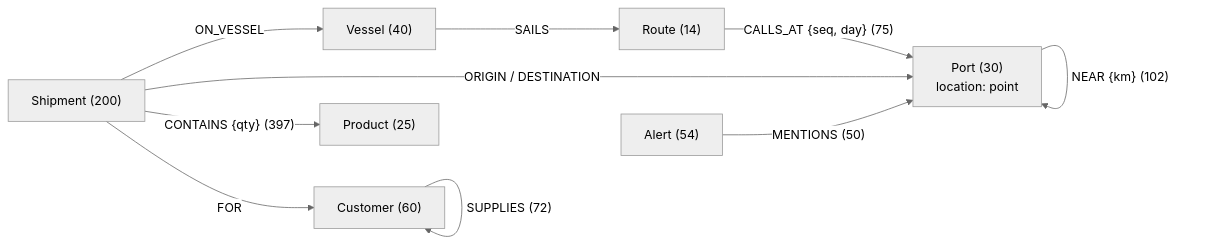
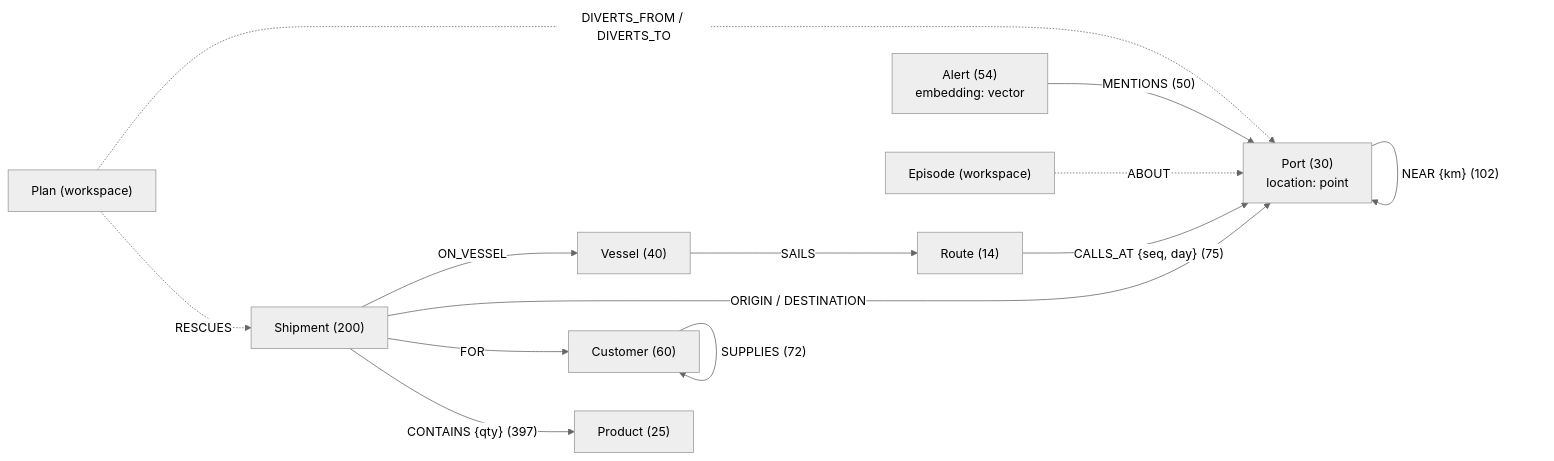
One commit to tballochi/ripple-supply-chain-agent changed the second of 2 diagrams in README.md. Above: the diagram before and after it, drawn with Mermaid (neutral theme). The commit also changed other lines of this file, not shown here.

````diff
--- a/README.md
+++ b/README.md
@@ -110,12 +144,15 @@
 ```mermaid
 flowchart LR
     Shipment["Shipment (200)"] -->|ON_VESSEL| Vessel["Vessel (40)"]
     Vessel -->|SAILS| Route["Route (14)"]
     Route -->|"CALLS_AT {seq, day} (75)"| Port["Port (30)<br/>location: point"]
     Port -->|"NEAR {km} (102)"| Port
     Shipment -->|ORIGIN / DESTINATION| Port
     Shipment -->|FOR| Customer["Customer (60)"]
     Customer -->|"SUPPLIES (72)"| Customer
     Shipment -->|"CONTAINS {qty} (397)"| Product["Product (25)"]
-    Alert["Alert (54)"] -->|"MENTIONS (50)"| Port
+    Alert["Alert (54)<br/>embedding: vector"] -->|"MENTIONS (50)"| Port
+    Episode["Episode (workspace)"] -.->|ABOUT| Port
+    Plan["Plan (workspace)"] -.->|"DIVERTS_FROM / DIVERTS_TO"| Port
+    Plan -.->|RESCUES| Shipment
 ```
````
